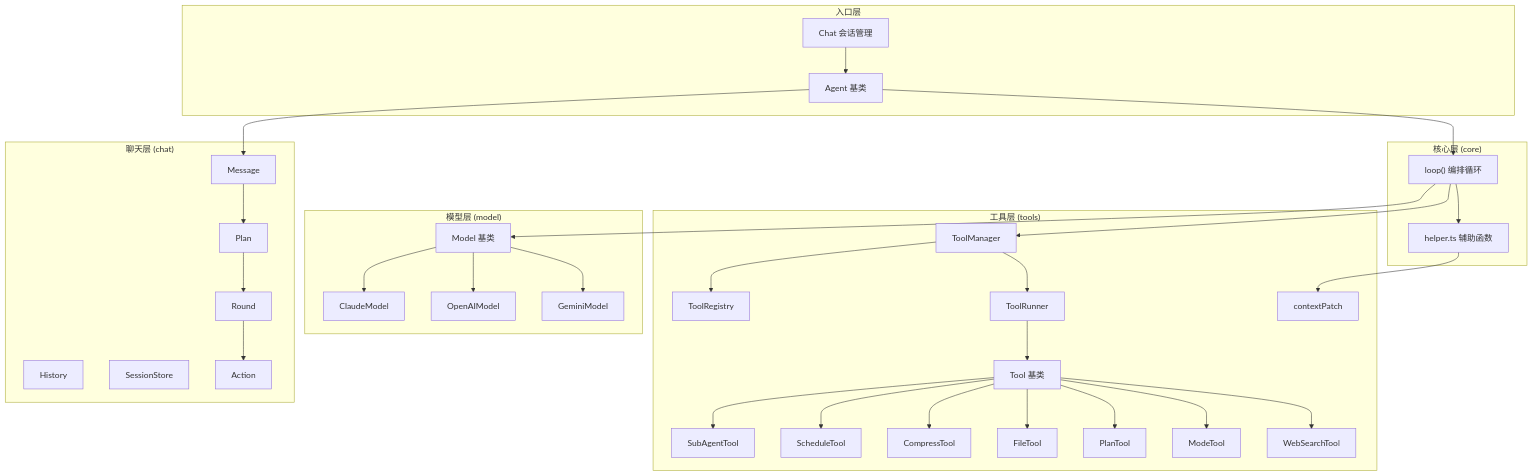
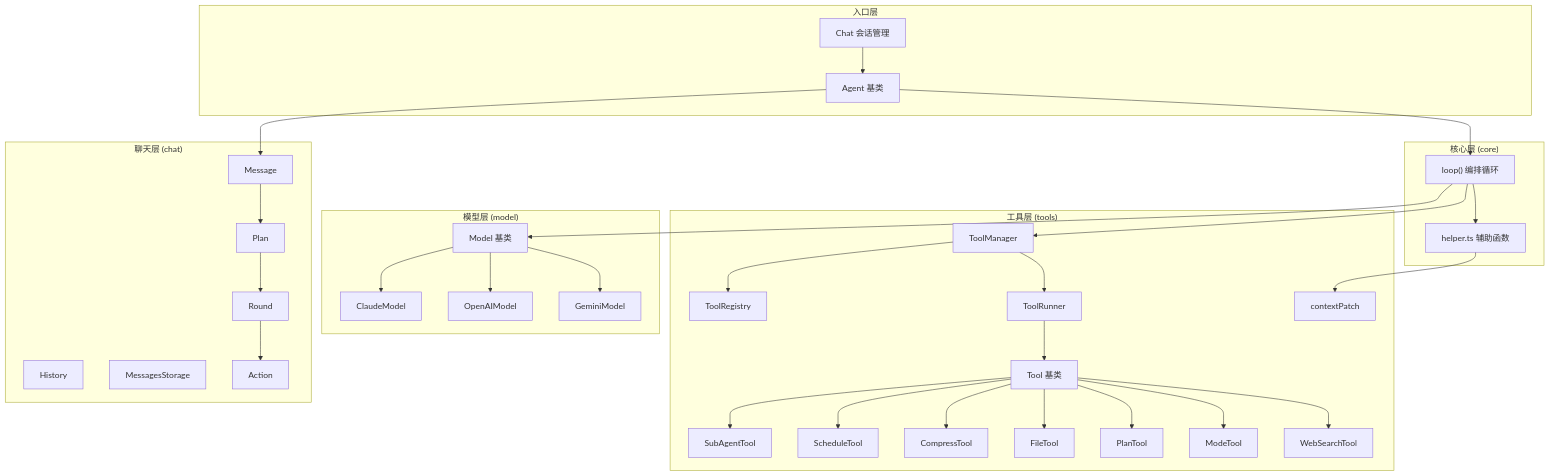
Before and after one commit to code-records/website: the diagram in plugins/docusaurus-plugin-doc-agent/src/agent/analysis_results.md, drawn with Mermaid. The commit also changed other lines of this file and 26 other files, not shown here.

````diff
--- a/plugins/docusaurus-plugin-doc-agent/src/agent/analysis_results.md
+++ b/plugins/docusaurus-plugin-doc-agent/src/agent/analysis_results.md
@@ -5,58 +5,58 @@
 ```mermaid
 graph TD
     subgraph "入口层"
         Agent["Agent 基类"]
         Chat["Chat 会话管理"]
     end
 
     subgraph "核心层 (core)"
         Loop["loop() 编排循环"]
         Helper["helper.ts 辅助函数"]
     end
 
     subgraph "模型层 (model)"
         Model["Model 基类"]
         Claude["ClaudeModel"]
         OpenAI["OpenAIModel"]
         Gemini["GeminiModel"]
     end
 
     subgraph "工具层 (tools)"
         ToolBase["Tool 基类"]
         ToolMgr["ToolManager"]
         ToolReg["ToolRegistry"]
         ToolRun["ToolRunner"]
         CtxPatch["contextPatch"]
         SubAgent["SubAgentTool"]
         Schedule["ScheduleTool"]
         Compress["CompressTool"]
         File["FileTool"]
         Plan2["PlanTool"]
         Mode["ModeTool"]
         WebSearch["WebSearchTool"]
     end
 
     subgraph "聊天层 (chat)"
         Message["Message"]
         History["History"]
-        SessionStore["SessionStore"]
+        MessagesStorage["MessagesStorage"]
         Plan["Plan"]
         Round["Round"]
         Action["Action"]
     end
 
     Chat --> Agent
     Agent --> Loop
     Loop --> Model
     Loop --> ToolMgr
     ToolMgr --> ToolReg
     ToolMgr --> ToolRun
     ToolRun --> ToolBase
     Model --> Claude & OpenAI & Gemini
     ToolBase --> SubAgent & Schedule & Compress & File & Plan2 & Mode & WebSearch
     Agent --> Message
     Loop --> Helper
     Helper --> CtxPatch
     Plan --> Round --> Action
     Message --> Plan
 ```
````
